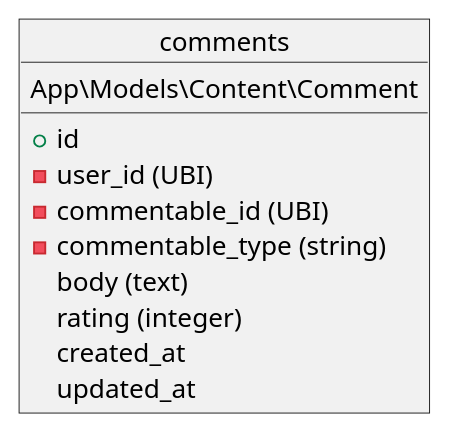
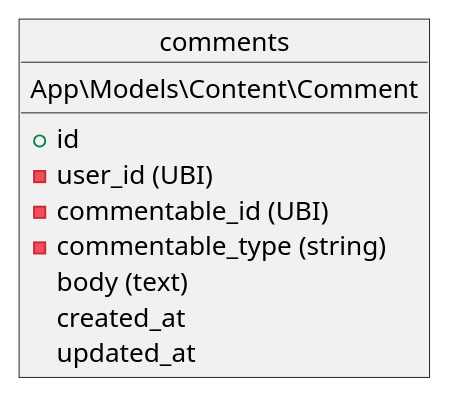
Before and after one commit to fesh-biz/7dab: the diagram in info/database/tables/content/comments.puml, drawn with PlantUML. The commit also changed 8 other files, not shown here.

Commit message:
Rating system uml

```diff
--- a/info/database/tables/content/comments.puml
+++ b/info/database/tables/content/comments.puml
@@ -1,16 +1,15 @@
 @startuml
 object comments {
     App\Models\Content\Comment
     __
     + id
 
     - user_id (UBI)
     - commentable_id (UBI)
     - commentable_type (string)
 
     body (text)
-    rating (integer)
     created_at
     updated_at
 }
 @enduml
```
